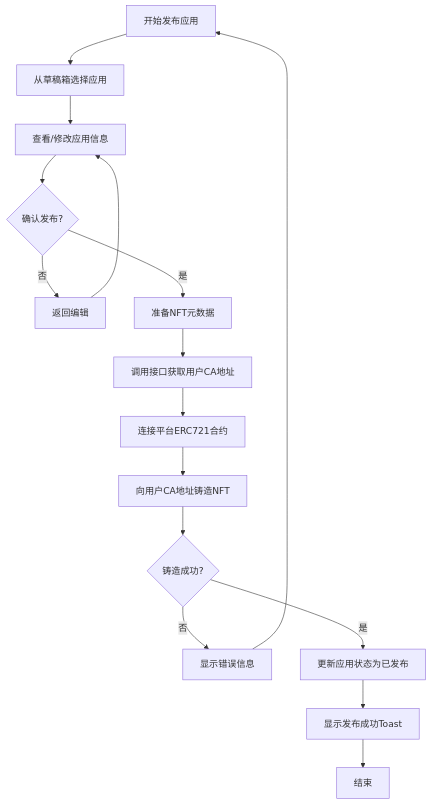
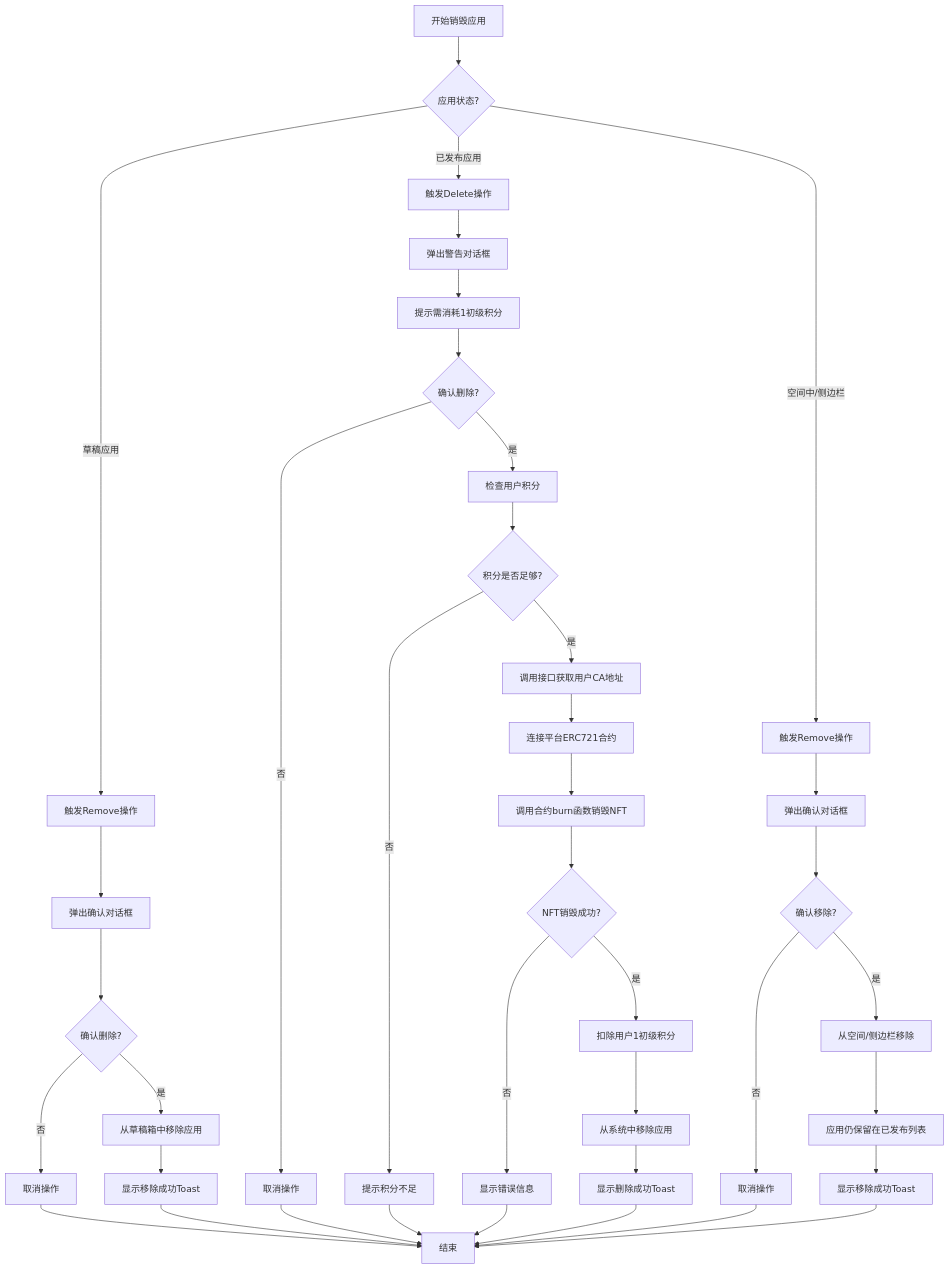
Before and after one commit to yingjianzh/iodraw-files: the diagram in all/未命名-65.md, drawn with Mermaid.

Commit message:
2025-05-22 11:28:45 update

````diff
--- a/all/未命名-65.md
+++ b/all/未命名-65.md
@@ -1,18 +1,47 @@
 ```mermaid
 flowchart TD
-    A[开始发布应用] --> B[从草稿箱选择应用]
-    B --> C[查看/修改应用信息]
-    C --> D{确认发布?}
-    D -->|否| E[返回编辑]
-    E --> C
-    D -->|是| F[准备NFT元数据]
-    F --> G[调用接口获取用户CA地址]
-    G --> H[连接平台ERC721合约]
-    H --> I[向用户CA地址铸造NFT]
-    I --> J{铸造成功?}
-    J -->|否| K[显示错误信息]
-    K --> A
-    J -->|是| L[更新应用状态为已发布]
-    L --> O[显示发布成功Toast]
-    O --> P[结束]
+    A[开始销毁应用] --> B{应用状态?}
+    
+    %% 草稿应用的移除流程
+    B -->|草稿应用| C[触发Remove操作]
+    C --> D[弹出确认对话框]
+    D --> E{确认删除?}
+    E -->|否| F[取消操作]
+    F --> Z[结束]
+    E -->|是| G[从草稿箱中移除应用]
+    G --> H[显示移除成功Toast]
+    H --> Z
+    
+    %% 已发布应用的删除流程
+    B -->|已发布应用| I[触发Delete操作]
+    I --> J[弹出警告对话框]
+    J --> K[提示需消耗1初级积分]
+    K --> L{确认删除?}
+    L -->|否| M[取消操作]
+    M --> Z
+    L -->|是| N[检查用户积分]
+    N --> O{积分是否足够?}
+    O -->|否| P[提示积分不足]
+    P --> Z
+    O -->|是| Q[调用接口获取用户CA地址]
+    Q --> R[连接平台ERC721合约]
+    R --> S[调用合约burn函数销毁NFT]
+    S --> T{NFT销毁成功?}
+    T -->|否| U[显示错误信息]
+    U --> Z
+    T -->|是| V[扣除用户1初级积分]
+    V --> W[从系统中移除应用]
+    W --> X[显示删除成功Toast]
+    X --> Z
+    
+    %% 空间或侧边栏中应用的移除
+    B -->|空间中/侧边栏| Y[触发Remove操作]
+    Y --> AA[弹出确认对话框]
+    AA --> BB{确认移除?}
+    BB -->|否| CC[取消操作]
+    CC --> Z
+    BB -->|是| DD[从空间/侧边栏移除]
+    DD --> EE[应用仍保留在已发布列表]
+    EE --> FF[显示移除成功Toast]
+    FF --> Z
 ```
````
